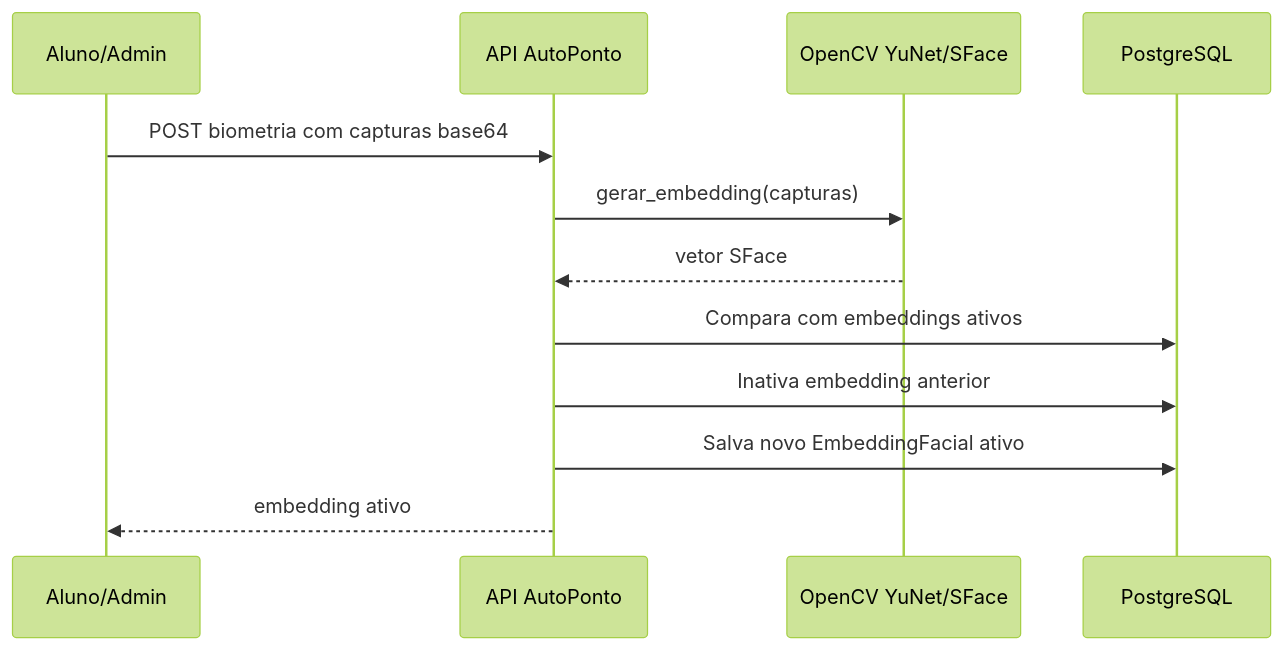
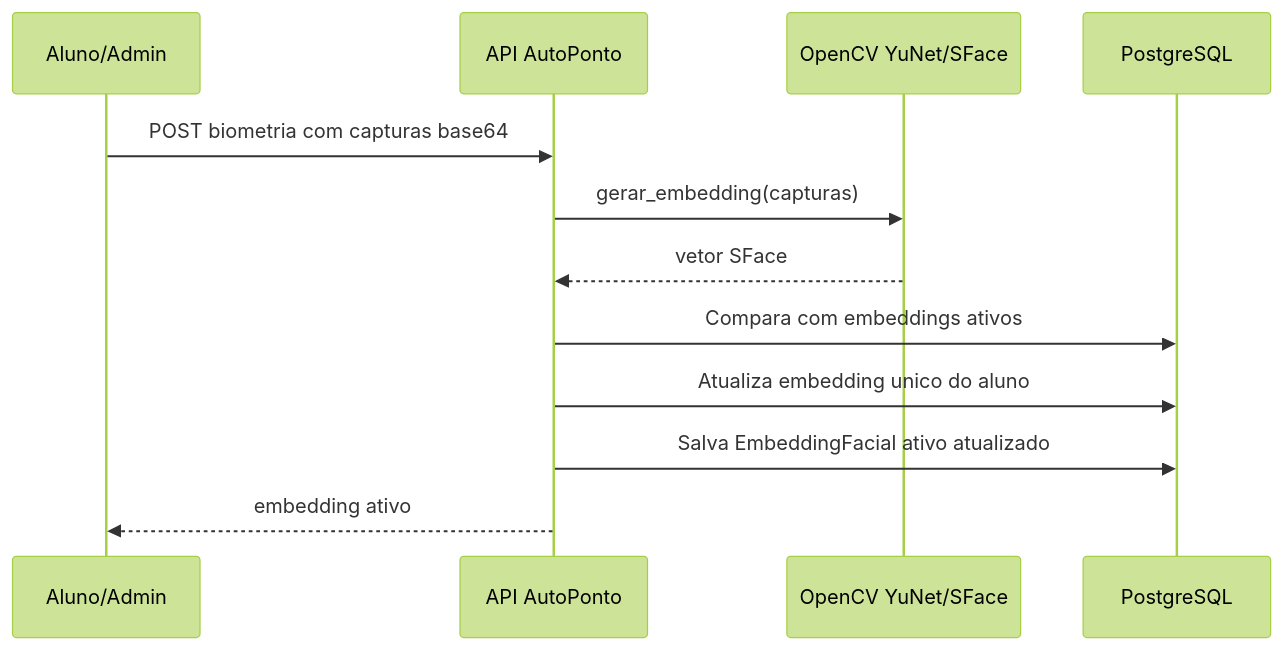
One commit to DanielKGM/autoponto changed the eighth of 10 diagrams in autoponto-backend/docs/diagramas-tcc.md. Above: the diagram before and after it, drawn with Mermaid (forest theme). The commit also changed 19 other files, not shown here.

````diff
--- a/autoponto-backend/docs/diagramas-tcc.md
+++ b/autoponto-backend/docs/diagramas-tcc.md
@@ -166,15 +166,15 @@
 ```mermaid
 sequenceDiagram
     participant Usuario as Aluno/Admin
     participant API as API AutoPonto
     participant Visao as OpenCV YuNet/SFace
     participant DB as PostgreSQL
 
     Usuario->>API: POST biometria com capturas base64
     API->>Visao: gerar_embedding(capturas)
     Visao-->>API: vetor SFace
     API->>DB: Compara com embeddings ativos
-    API->>DB: Inativa embedding anterior
-    API->>DB: Salva novo EmbeddingFacial ativo
+    API->>DB: Atualiza embedding unico do aluno
+    API->>DB: Salva EmbeddingFacial ativo atualizado
     API-->>Usuario: embedding ativo
 ```
````
